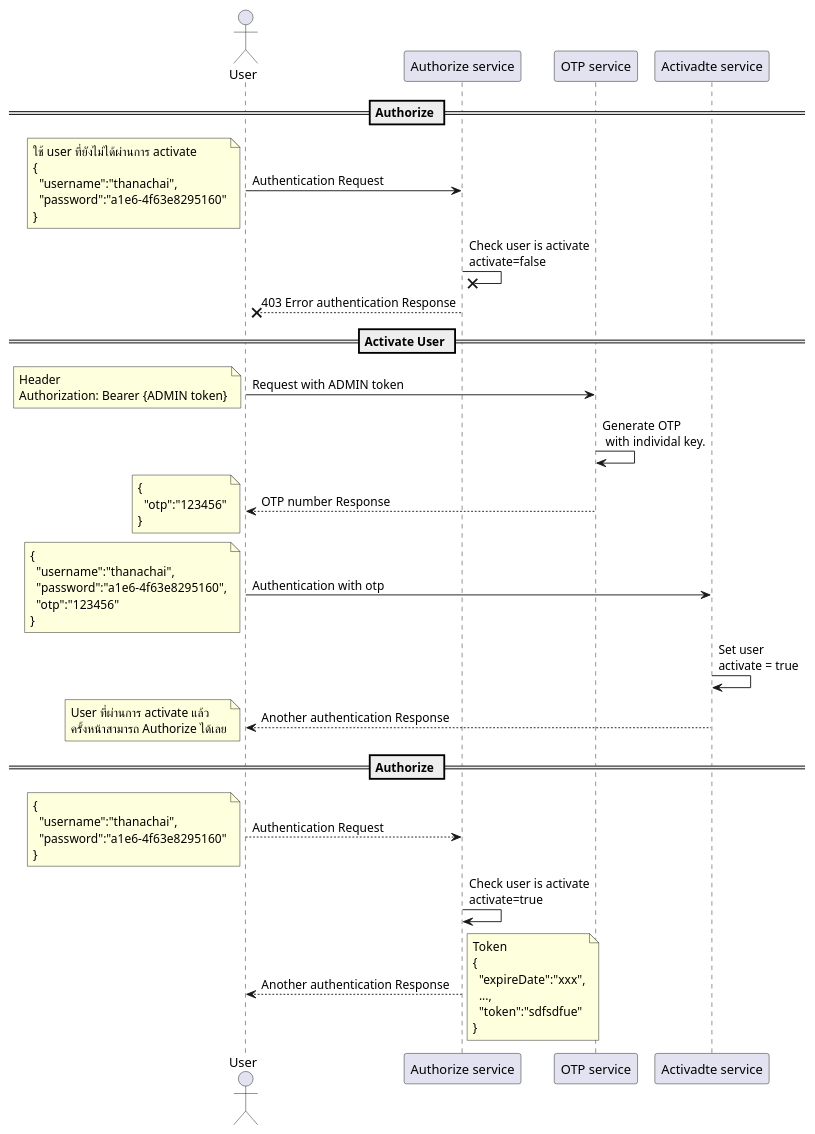
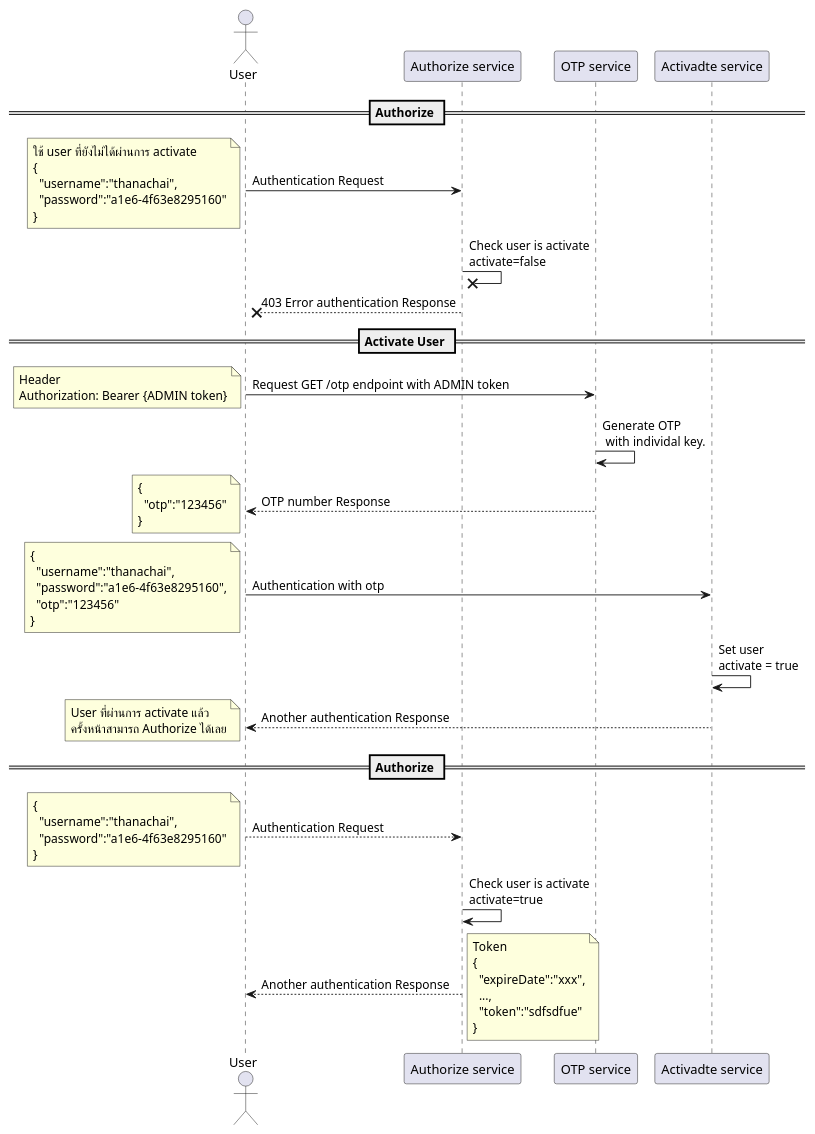
One commit to ffc-nectec/api-doc changed the diagram in uml/activadte_user.plantuml. Above: the diagram before and after it, drawn with PlantUML. The commit also changed 4 other files, not shown here.

```diff
--- a/uml/activadte_user.plantuml
+++ b/uml/activadte_user.plantuml
@@ -1,29 +1,29 @@
 @startuml
 actor User
 
 == Authorize ==
 User -> "Authorize service": Authentication Request
 note left: ใช้ user ที่ยังไม่ได้ผ่านการ activate\n{\n  "username":"thanachai",\n  "password":"a1e6-4f63e8295160"\n}
 "Authorize service" ->x "Authorize service": Check user is activate\nactivate=false
 User x<-- "Authorize service": 403 Error authentication Response
 
 == Activate User ==
-User -> "OTP service": Request with ADMIN token
+User -> "OTP service": Request GET /otp endpoint with ADMIN token
 note left: Header\nAuthorization: Bearer {ADMIN token}
 "OTP service" -> "OTP service": Generate OTP\n with individal key.
 "OTP service" --> User: OTP number Response
 note left: {\n  "otp":"123456"\n}
 User -> "Activadte service": Authentication with otp
 note left: {\n  "username":"thanachai",\n  "password":"a1e6-4f63e8295160",\n  "otp":"123456"\n}
 "Activadte service" -> "Activadte service" : Set user\nactivate = true
 User <-- "Activadte service": Another authentication Response
 note left: User ที่ผ่านการ activate แล้ว\nครั้งหน้าสามารถ Authorize ได้เลย
 
 == Authorize ==
 User --> "Authorize service": Authentication Request
 note left: {\n  "username":"thanachai",\n  "password":"a1e6-4f63e8295160"\n}
 "Authorize service" -> "Authorize service": Check user is activate\nactivate=true
 User <-- "Authorize service": Another authentication Response
 note right: Token\n{\n  "expireDate":"xxx",\n  ...,\n  "token":"sdfsdfue"\n}
 
 @enduml
```
